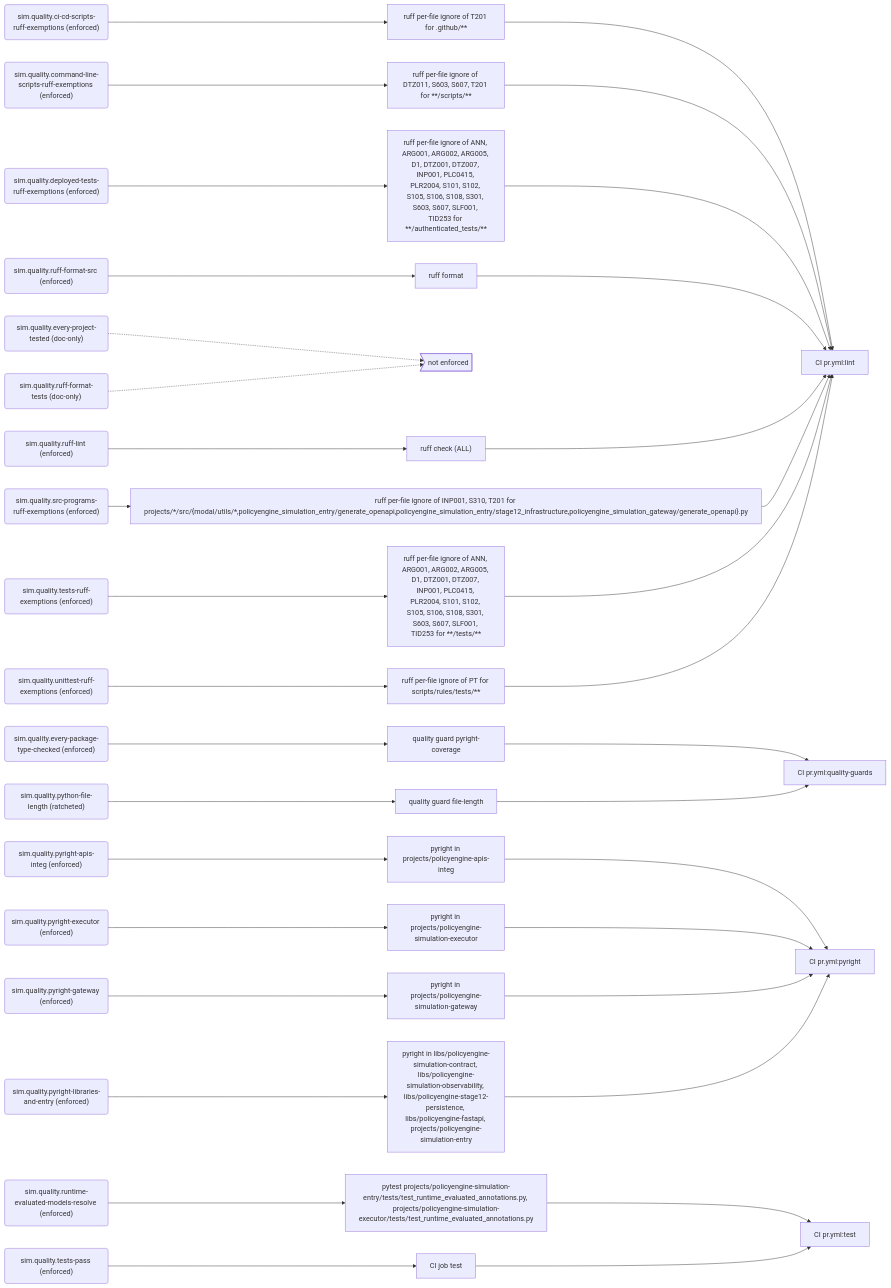
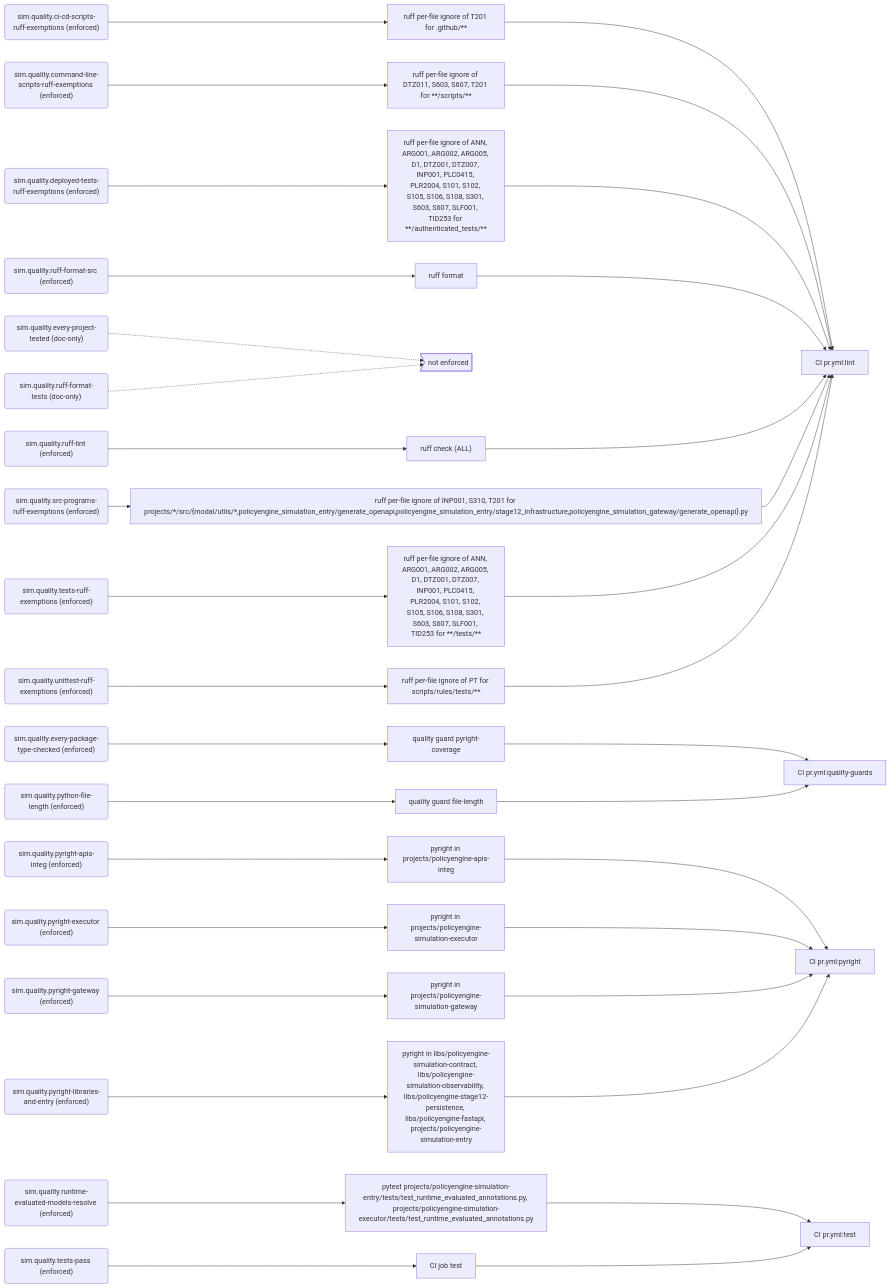
Before and after one commit to PolicyEngine/policyengine-sim-api: the seventh of 10 diagrams in docs/generated/rules.md, drawn with Mermaid. The commit also changed other lines of this file and 4 other files, not shown here.

````diff
--- a/docs/generated/rules.md
+++ b/docs/generated/rules.md
@@ -325,76 +324,76 @@
 ```mermaid
 flowchart LR
   r_sim_quality_ci_cd_scripts_ruff_exemptions("sim.quality.ci-cd-scripts-ruff-exemptions (enforced)")
   e_ruff_per_file_ignore_of_T201_for__github___["ruff per-file ignore of T201 for .github/**"]
   j_CI_pr_yml_lint["CI pr.yml:lint"]
   r_sim_quality_command_line_scripts_ruff_exemptions("sim.quality.command-line-scripts-ruff-exemptions (enforced)")
   e_ruff_per_file_ignore_of_DTZ011__S603__S607__T201_for____scripts___["ruff per-file ignore of DTZ011, S603, S607, T201 for **/scripts/**"]
   r_sim_quality_deployed_tests_ruff_exemptions("sim.quality.deployed-tests-ruff-exemptions (enforced)")
   e_ruff_per_file_ignore_of_ANN__ARG001__ARG002__ARG005__D1__DTZ001__DTZ007__INP001__PLC0415__PLR2004__S101__S102__S105__S106__S108__S301__S603__S607__SLF001__TID253_for____authenticated_tests___["ruff per-file ignore of ANN, ARG001, ARG002, ARG005, D1, DTZ001, DTZ007, INP001, PLC0415, PLR2004, S101, S102, S105, S106, S108, S301, S603, S607, SLF001, TID253 for **/authenticated_tests/**"]
   r_sim_quality_every_package_type_checked("sim.quality.every-package-type-checked (enforced)")
   e_quality_guard_pyright_coverage["quality guard pyright-coverage"]
   j_CI_pr_yml_quality_guards["CI pr.yml:quality-guards"]
   r_sim_quality_every_project_tested("sim.quality.every-project-tested (doc-only)")
   gap_unenforced>"not enforced"]
   r_sim_quality_pyright_apis_integ("sim.quality.pyright-apis-integ (enforced)")
   e_pyright_in_projects_policyengine_apis_integ["pyright in projects/policyengine-apis-integ"]
   j_CI_pr_yml_pyright["CI pr.yml:pyright"]
   r_sim_quality_pyright_executor("sim.quality.pyright-executor (enforced)")
   e_pyright_in_projects_policyengine_simulation_executor["pyright in projects/policyengine-simulation-executor"]
   r_sim_quality_pyright_gateway("sim.quality.pyright-gateway (enforced)")
   e_pyright_in_projects_policyengine_simulation_gateway["pyright in projects/policyengine-simulation-gateway"]
   r_sim_quality_pyright_libraries_and_entry("sim.quality.pyright-libraries-and-entry (enforced)")
   e_pyright_in_libs_policyengine_simulation_contract__libs_policyengine_simulation_observability__libs_policyengine_stage12_persistence__libs_policyengine_fastapi__projects_policyengine_simulation_entry["pyright in libs/policyengine-simulation-contract, libs/policyengine-simulation-observability, libs/policyengine-stage12-persistence, libs/policyengine-fastapi, projects/policyengine-simulation-entry"]
-  r_sim_quality_python_file_length("sim.quality.python-file-length (ratcheted)")
+  r_sim_quality_python_file_length("sim.quality.python-file-length (enforced)")
   e_quality_guard_file_length["quality guard file-length"]
   r_sim_quality_ruff_format_src("sim.quality.ruff-format-src (enforced)")
   e_ruff_format["ruff format"]
   r_sim_quality_ruff_format_tests("sim.quality.ruff-format-tests (doc-only)")
   r_sim_quality_ruff_lint("sim.quality.ruff-lint (enforced)")
   e_ruff_check__ALL_["ruff check (ALL)"]
   r_sim_quality_runtime_evaluated_models_resolve("sim.quality.runtime-evaluated-models-resolve (enforced)")
   e_pytest_projects_policyengine_simulation_entry_tests_test_runtime_evaluated_annotations_py__projects_policyengine_simulation_executor_tests_test_runtime_evaluated_annotations_py["pytest projects/policyengine-simulation-entry/tests/test_runtime_evaluated_annotations.py, projects/policyengine-simulation-executor/tests/test_runtime_evaluated_annotations.py"]
   j_CI_pr_yml_test["CI pr.yml:test"]
   r_sim_quality_src_programs_ruff_exemptions("sim.quality.src-programs-ruff-exemptions (enforced)")
   e_ruff_per_file_ignore_of_INP001__S310__T201_for_projects___src__modal_utils___policyengine_simulation_entry_generate_openapi_policyengine_simulation_entry_stage12_infrastructure_policyengine_simulation_gateway_generate_openapi__py["ruff per-file ignore of INP001, S310, T201 for projects/*/src/{modal/utils/*,policyengine_simulation_entry/generate_openapi,policyengine_simulation_entry/stage12_infrastructure,policyengine_simulation_gateway/generate_openapi}.py"]
   r_sim_quality_tests_pass("sim.quality.tests-pass (enforced)")
   e_CI_job_test["CI job test"]
   r_sim_quality_tests_ruff_exemptions("sim.quality.tests-ruff-exemptions (enforced)")
   e_ruff_per_file_ignore_of_ANN__ARG001__ARG002__ARG005__D1__DTZ001__DTZ007__INP001__PLC0415__PLR2004__S101__S102__S105__S106__S108__S301__S603__S607__SLF001__TID253_for____tests___["ruff per-file ignore of ANN, ARG001, ARG002, ARG005, D1, DTZ001, DTZ007, INP001, PLC0415, PLR2004, S101, S102, S105, S106, S108, S301, S603, S607, SLF001, TID253 for **/tests/**"]
   r_sim_quality_unittest_ruff_exemptions("sim.quality.unittest-ruff-exemptions (enforced)")
   e_ruff_per_file_ignore_of_PT_for_scripts_rules_tests___["ruff per-file ignore of PT for scripts/rules/tests/**"]
   r_sim_quality_ci_cd_scripts_ruff_exemptions --> e_ruff_per_file_ignore_of_T201_for__github___
   e_ruff_per_file_ignore_of_T201_for__github___ --> j_CI_pr_yml_lint
   r_sim_quality_command_line_scripts_ruff_exemptions --> e_ruff_per_file_ignore_of_DTZ011__S603__S607__T201_for____scripts___
   e_ruff_per_file_ignore_of_DTZ011__S603__S607__T201_for____scripts___ --> j_CI_pr_yml_lint
   r_sim_quality_deployed_tests_ruff_exemptions --> e_ruff_per_file_ignore_of_ANN__ARG001__ARG002__ARG005__D1__DTZ001__DTZ007__INP001__PLC0415__PLR2004__S101__S102__S105__S106__S108__S301__S603__S607__SLF001__TID253_for____authenticated_tests___
   e_ruff_per_file_ignore_of_ANN__ARG001__ARG002__ARG005__D1__DTZ001__DTZ007__INP001__PLC0415__PLR2004__S101__S102__S105__S106__S108__S301__S603__S607__SLF001__TID253_for____authenticated_tests___ --> j_CI_pr_yml_lint
   r_sim_quality_every_package_type_checked --> e_quality_guard_pyright_coverage
   e_quality_guard_pyright_coverage --> j_CI_pr_yml_quality_guards
   r_sim_quality_every_project_tested -.-> gap_unenforced
   r_sim_quality_pyright_apis_integ --> e_pyright_in_projects_policyengine_apis_integ
   e_pyright_in_projects_policyengine_apis_integ --> j_CI_pr_yml_pyright
   r_sim_quality_pyright_executor --> e_pyright_in_projects_policyengine_simulation_executor
   e_pyright_in_projects_policyengine_simulation_executor --> j_CI_pr_yml_pyright
   r_sim_quality_pyright_gateway --> e_pyright_in_projects_policyengine_simulation_gateway
   e_pyright_in_projects_policyengine_simulation_gateway --> j_CI_pr_yml_pyright
   r_sim_quality_pyright_libraries_and_entry --> e_pyright_in_libs_policyengine_simulation_contract__libs_policyengine_simulation_observability__libs_policyengine_stage12_persistence__libs_policyengine_fastapi__projects_policyengine_simulation_entry
   e_pyright_in_libs_policyengine_simulation_contract__libs_policyengine_simulation_observability__libs_policyengine_stage12_persistence__libs_policyengine_fastapi__projects_policyengine_simulation_entry --> j_CI_pr_yml_pyright
   r_sim_quality_python_file_length --> e_quality_guard_file_length
   e_quality_guard_file_length --> j_CI_pr_yml_quality_guards
   r_sim_quality_ruff_format_src --> e_ruff_format
   e_ruff_format --> j_CI_pr_yml_lint
   r_sim_quality_ruff_format_tests -.-> gap_unenforced
   r_sim_quality_ruff_lint --> e_ruff_check__ALL_
   e_ruff_check__ALL_ --> j_CI_pr_yml_lint
   r_sim_quality_runtime_evaluated_models_resolve --> e_pytest_projects_policyengine_simulation_entry_tests_test_runtime_evaluated_annotations_py__projects_policyengine_simulation_executor_tests_test_runtime_evaluated_annotations_py
   e_pytest_projects_policyengine_simulation_entry_tests_test_runtime_evaluated_annotations_py__projects_policyengine_simulation_executor_tests_test_runtime_evaluated_annotations_py --> j_CI_pr_yml_test
   r_sim_quality_src_programs_ruff_exemptions --> e_ruff_per_file_ignore_of_INP001__S310__T201_for_projects___src__modal_utils___policyengine_simulation_entry_generate_openapi_policyengine_simulation_entry_stage12_infrastructure_policyengine_simulation_gateway_generate_openapi__py
   e_ruff_per_file_ignore_of_INP001__S310__T201_for_projects___src__modal_utils___policyengine_simulation_entry_generate_openapi_policyengine_simulation_entry_stage12_infrastructure_policyengine_simulation_gateway_generate_openapi__py --> j_CI_pr_yml_lint
   r_sim_quality_tests_pass --> e_CI_job_test
   e_CI_job_test --> j_CI_pr_yml_test
   r_sim_quality_tests_ruff_exemptions --> e_ruff_per_file_ignore_of_ANN__ARG001__ARG002__ARG005__D1__DTZ001__DTZ007__INP001__PLC0415__PLR2004__S101__S102__S105__S106__S108__S301__S603__S607__SLF001__TID253_for____tests___
   e_ruff_per_file_ignore_of_ANN__ARG001__ARG002__ARG005__D1__DTZ001__DTZ007__INP001__PLC0415__PLR2004__S101__S102__S105__S106__S108__S301__S603__S607__SLF001__TID253_for____tests___ --> j_CI_pr_yml_lint
   r_sim_quality_unittest_ruff_exemptions --> e_ruff_per_file_ignore_of_PT_for_scripts_rules_tests___
   e_ruff_per_file_ignore_of_PT_for_scripts_rules_tests___ --> j_CI_pr_yml_lint
 ```
````
